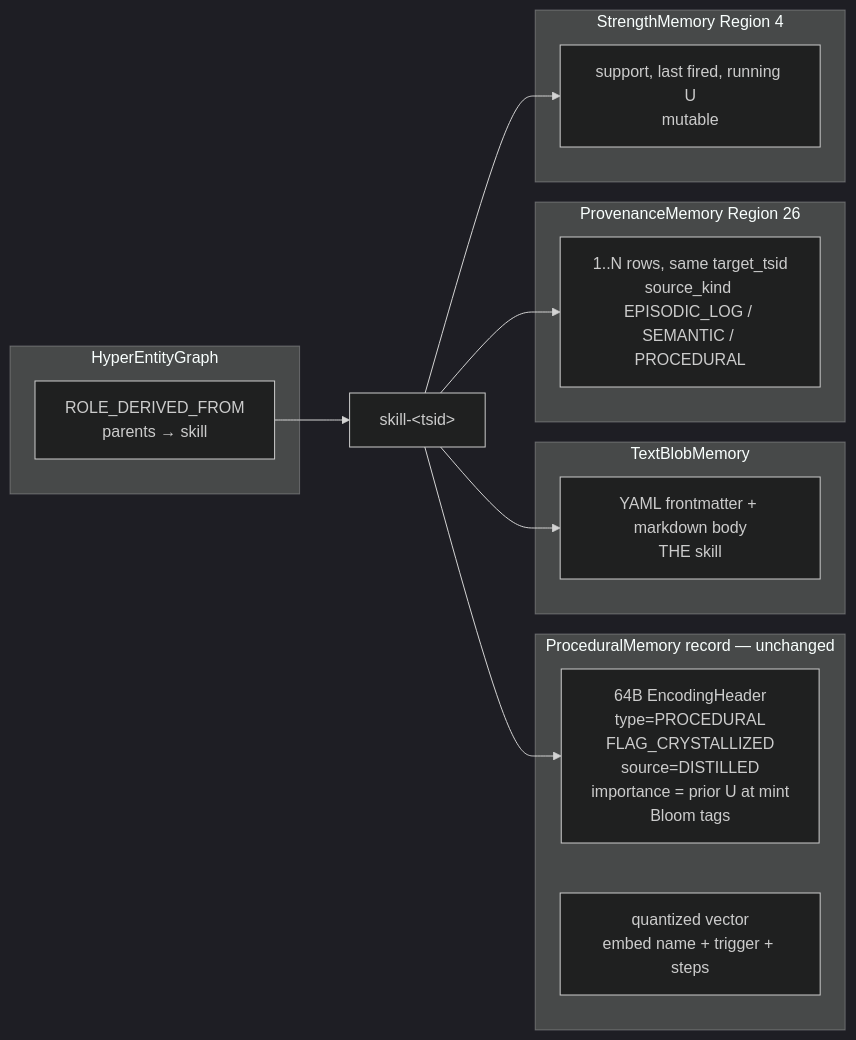
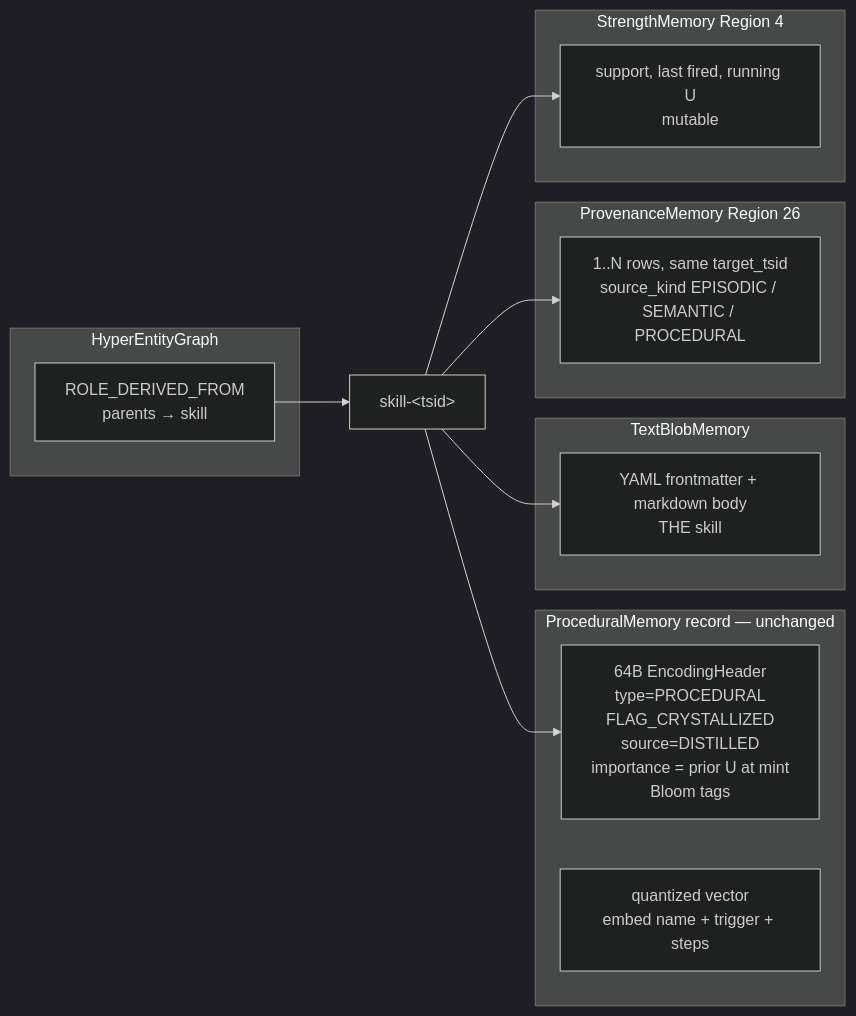
One commit to spectrayan/spector changed the third of 10 diagrams in docs/adr/0086-procedural-skill-crystallization.md. Above: the diagram before and after it, drawn with Mermaid (dark theme). The commit also changed other lines of this file and 1 other file, not shown here.

````diff
--- a/docs/adr/0086-procedural-skill-crystallization.md
+++ b/docs/adr/0086-procedural-skill-crystallization.md
@@ -211,29 +211,29 @@
 ```mermaid
 flowchart LR
   subgraph Slot["ProceduralMemory record — unchanged"]
     H["64B EncodingHeader<br/>type=PROCEDURAL<br/>FLAG_CRYSTALLIZED<br/>source=DISTILLED<br/>importance = prior U at mint<br/>Bloom tags"]
     V["quantized vector<br/>embed name + trigger + steps"]
   end
 
   subgraph Blob["TextBlobMemory"]
     MD["YAML frontmatter + markdown body<br/>THE skill"]
   end
 
   subgraph Prov["ProvenanceMemory Region 26"]
-    Rows["1..N rows, same target_tsid<br/>source_kind EPISODIC_LOG / SEMANTIC / PROCEDURAL"]
+    Rows["1..N rows, same target_tsid<br/>source_kind EPISODIC / SEMANTIC / PROCEDURAL"]
   end
 
   subgraph Str["StrengthMemory Region 4"]
     Sup["support, last fired, running U<br/>mutable"]
   end
 
   subgraph Graph["HyperEntityGraph"]
     Edge["ROLE_DERIVED_FROM<br/>parents → skill"]
   end
 
   ID["skill-&lt;tsid&gt;"] --> H
   ID --> MD
   ID --> Rows
   ID --> Sup
   Edge --> ID
 ```
````
